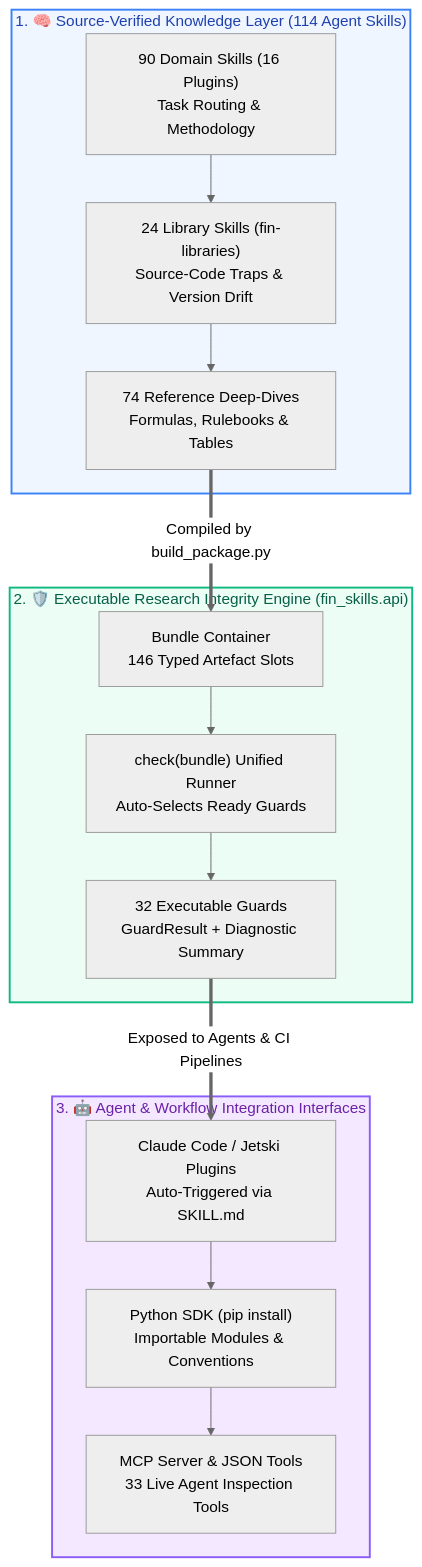
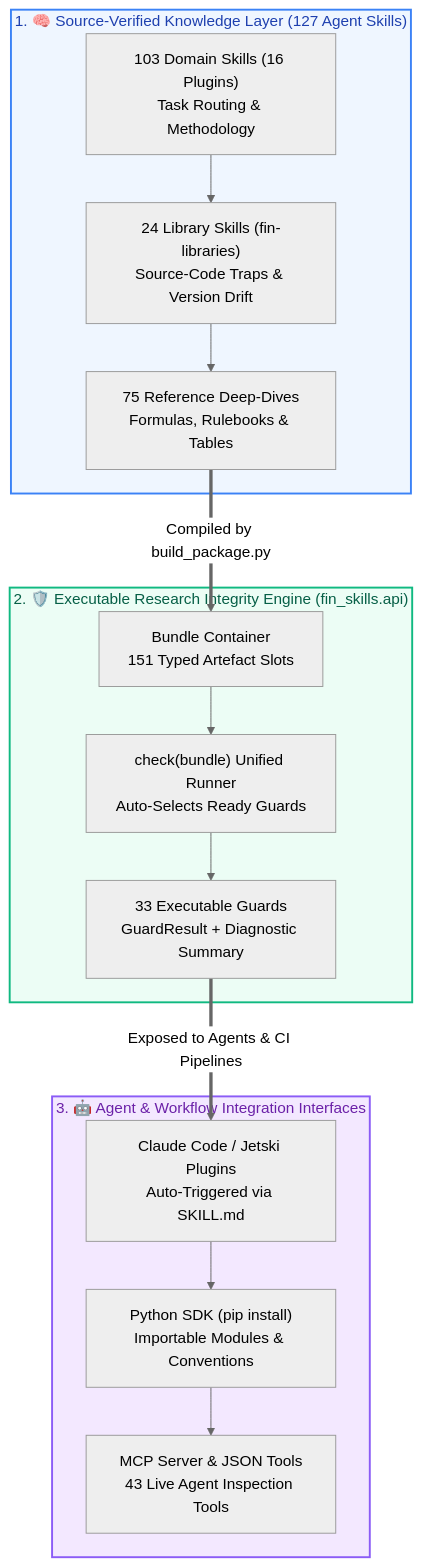
The diagram in README.md (howard-lynn-ye/fin-skills), drawn with Mermaid (neutral theme) before and after one commit. The commit also changed other lines of this file and 130 other files, not shown here.

````diff
--- a/README.md
+++ b/README.md
@@ -40,21 +40,21 @@
 ```mermaid
 flowchart TD
-    subgraph TIER1 ["1. 🧠 Source-Verified Knowledge Layer (114 Agent Skills)"]
-        D1["90 Domain Skills (16 Plugins)<br/>Task Routing & Methodology"] --> D2["24 Library Skills (fin-libraries)<br/>Source-Code Traps & Version Drift"] --> D3["74 Reference Deep-Dives<br/>Formulas, Rulebooks & Tables"]
+    subgraph TIER1 ["1. 🧠 Source-Verified Knowledge Layer (127 Agent Skills)"]
+        D1["103 Domain Skills (16 Plugins)<br/>Task Routing & Methodology"] --> D2["24 Library Skills (fin-libraries)<br/>Source-Code Traps & Version Drift"] --> D3["75 Reference Deep-Dives<br/>Formulas, Rulebooks & Tables"]
     end
 
     subgraph TIER2 ["2. 🛡️ Executable Research Integrity Engine (fin_skills.api)"]
-        E1["Bundle Container<br/>146 Typed Artefact Slots"] --> E2["check(bundle) Unified Runner<br/>Auto-Selects Ready Guards"] --> E3["32 Executable Guards<br/>GuardResult + Diagnostic Summary"]
+        E1["Bundle Container<br/>151 Typed Artefact Slots"] --> E2["check(bundle) Unified Runner<br/>Auto-Selects Ready Guards"] --> E3["33 Executable Guards<br/>GuardResult + Diagnostic Summary"]
     end
 
     subgraph TIER3 ["3. 🤖 Agent & Workflow Integration Interfaces"]
-        I1["Claude Code / Jetski Plugins<br/>Auto-Triggered via SKILL.md"] --> I2["Python SDK (pip install)<br/>Importable Modules & Conventions"] --> I3["MCP Server & JSON Tools<br/>33 Live Agent Inspection Tools"]
+        I1["Claude Code / Jetski Plugins<br/>Auto-Triggered via SKILL.md"] --> I2["Python SDK (pip install)<br/>Importable Modules & Conventions"] --> I3["MCP Server & JSON Tools<br/>43 Live Agent Inspection Tools"]
     end
 
     D3 ==>|Compiled by build_package.py| E1
     E3 ==>|Exposed to Agents & CI Pipelines| I1
 
     style TIER1 fill:#eff6ff,stroke:#3b82f6,stroke-width:2px,color:#1e40af
     style TIER2 fill:#ecfdf5,stroke:#10b981,stroke-width:2px,color:#065f46
     style TIER3 fill:#f3e8ff,stroke:#8b5cf6,stroke-width:2px,color:#6b21a8
 ```
````
